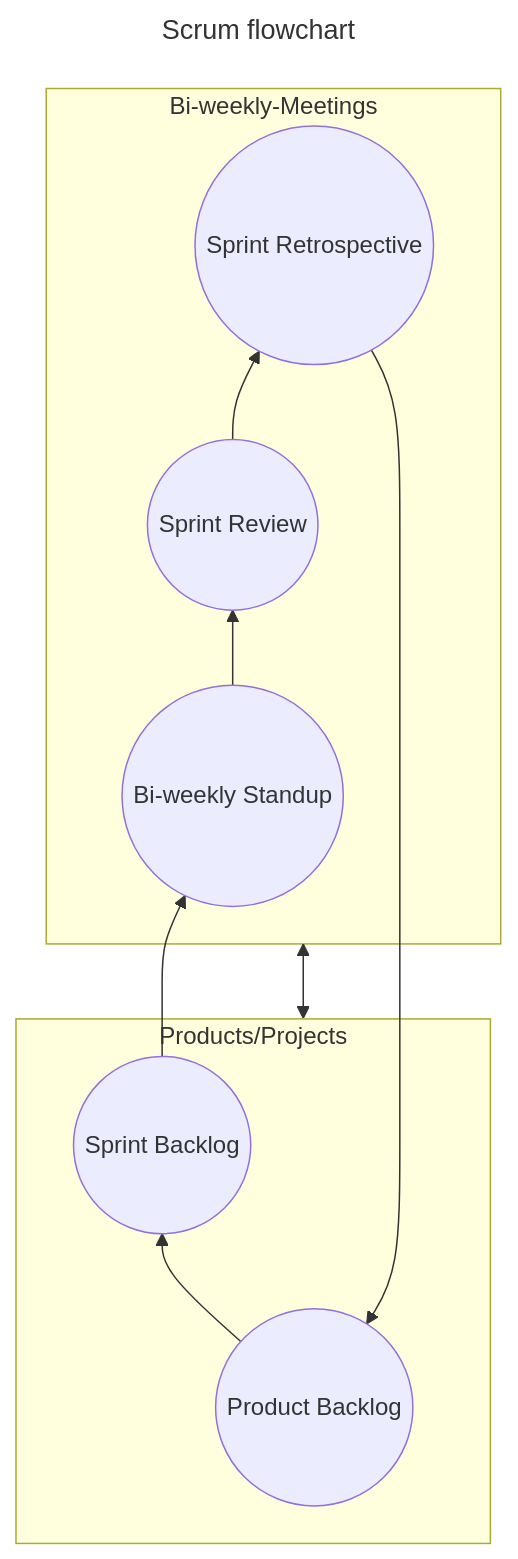
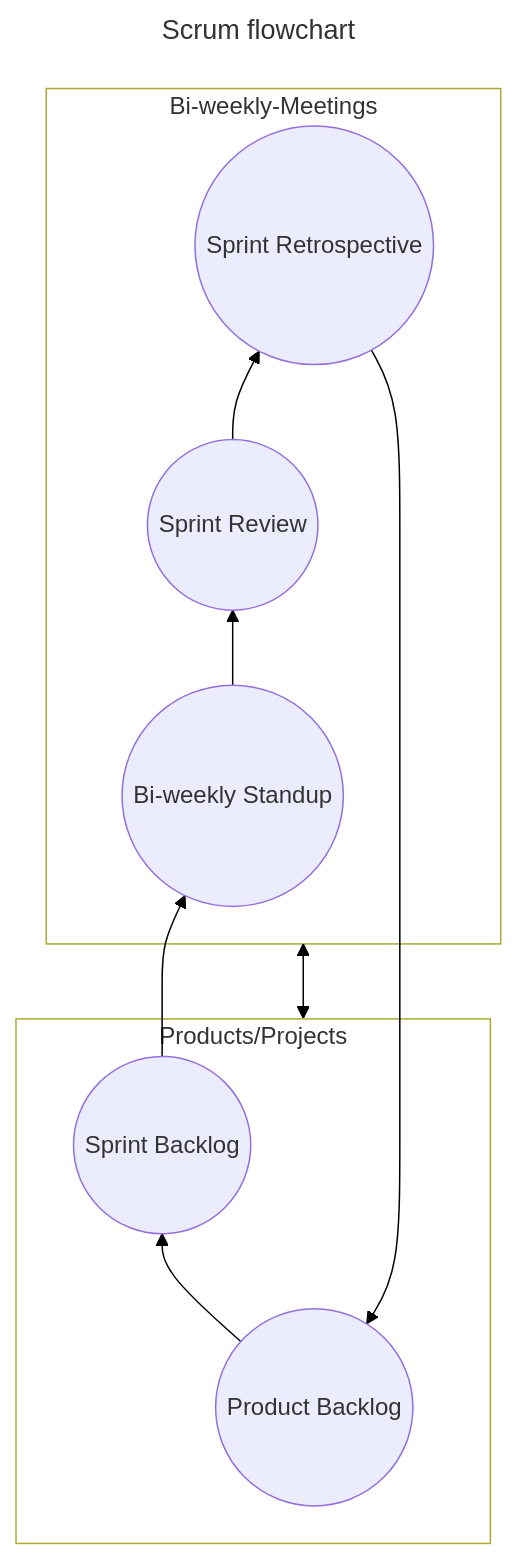
One commit to caids-datalab/caids-datalab.github.io changed the first of 2 diagrams in DAC_Report.qmd. Above: the diagram before and after it, drawn with Mermaid. The commit also changed other lines of this file and 4 other files, not shown here.

````diff
--- a/DAC_Report.qmd
+++ b/DAC_Report.qmd
@@ -181,56 +164,60 @@
 ```{mermaid}
 ---
 title: Scrum flowchart
 ---
 flowchart BT
 
 subgraph Products/Projects
 
 A((Product Backlog))
 
   
 
 B((Sprint Backlog))
 
 end
 
 subgraph Bi-weekly-Meetings
 
 C((Bi-weekly Standup))
 
   
 
 D((Sprint Review))
 
   
 
 E((Sprint Retrospective))
 
 end
 
   
 
 A --> B
 
   
 
 E --> A
 
   
 
 C --> D
 
   
 
 D --> E
 
   
 
 B --> C
 
   
 
 Products/Projects <--> Bi-weekly-Meetings
 
+style Products/Projects fill:#ffffff
+style Bi-weekly-Meetings fill:#ffffff
+linkStyle default stroke:black
+
   
 ```
````
